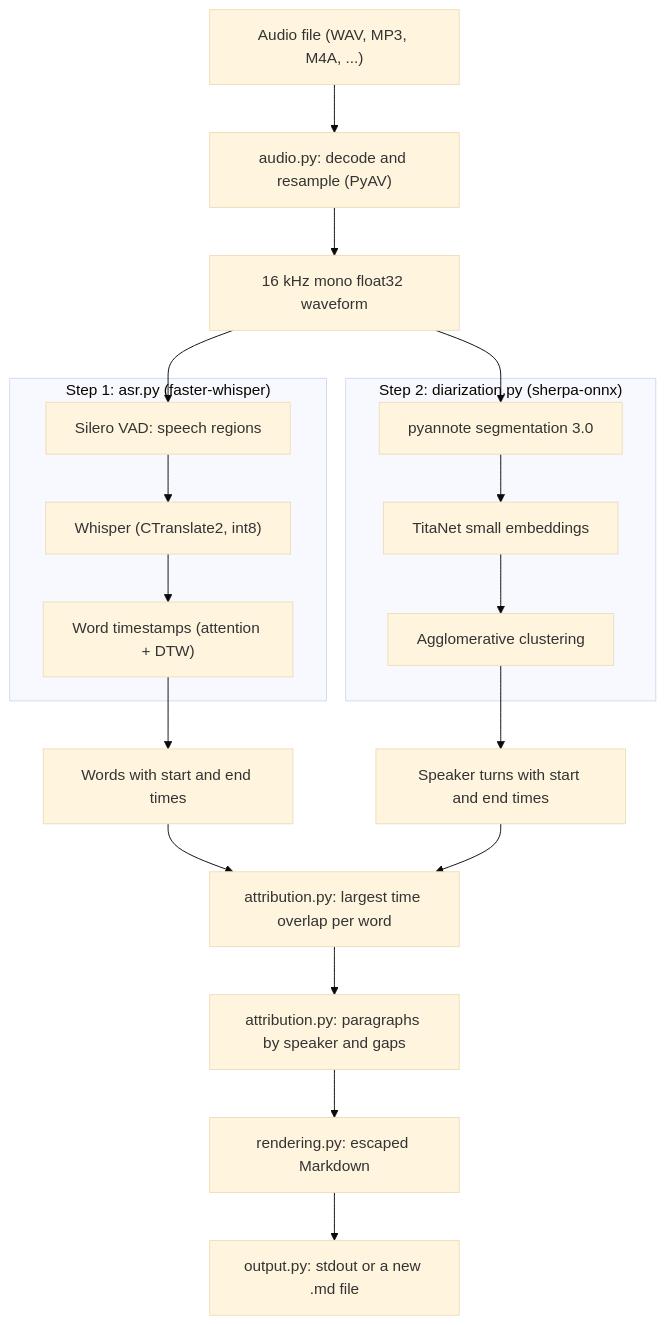
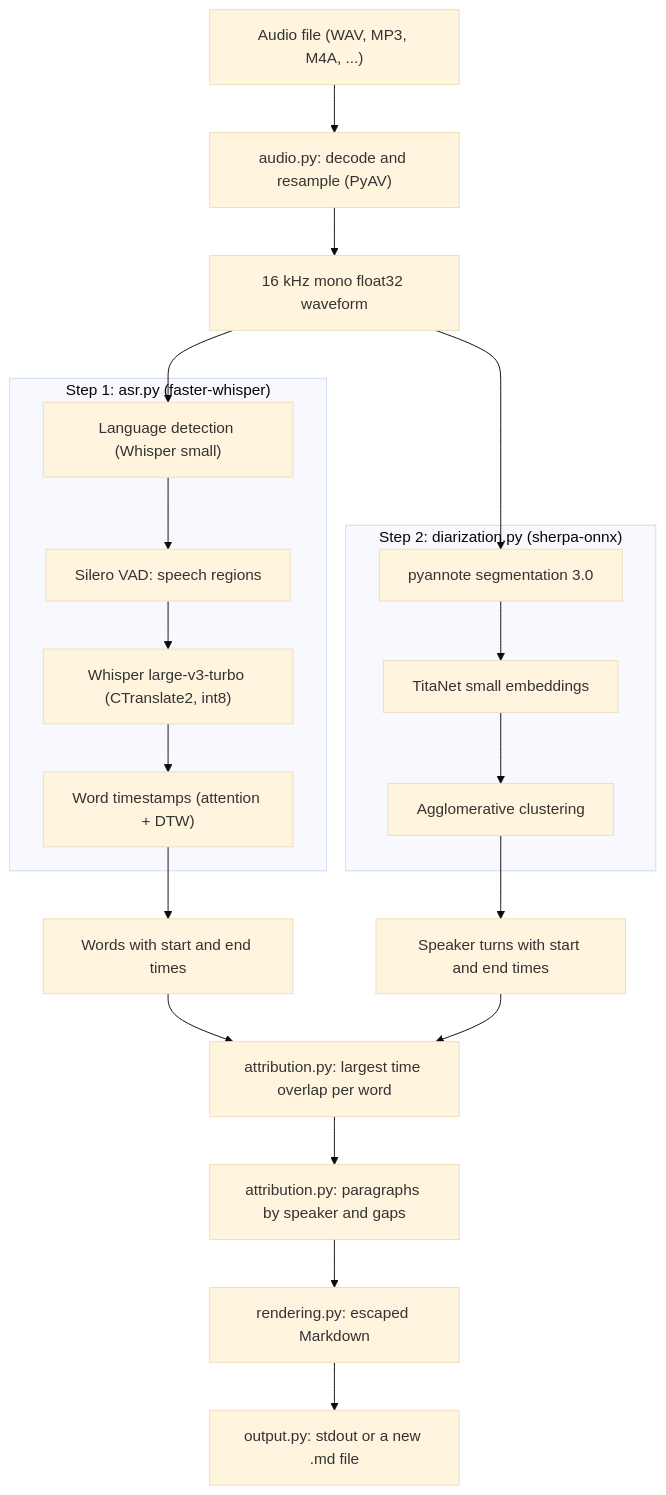
One commit to gilbertotcc/transcribe changed the diagram in docs/how-it-works.md. Above: the diagram before and after it, drawn with Mermaid (base theme). The commit also changed other lines of this file and 26 other files, not shown here.

First line of the commit message:
Transcribe non-English audio with language detection (#26)

````diff
--- a/docs/how-it-works.md
+++ b/docs/how-it-works.md
@@ -19,36 +19,37 @@
 ```mermaid
 flowchart TD
     input["Audio file (WAV, MP3, M4A, ...)"]
     decode["audio.py: decode and resample (PyAV)"]
     wave["16 kHz mono float32 waveform"]
     input --> decode --> wave
 
     subgraph asr ["Step 1: asr.py (faster-whisper)"]
+        lid["Language detection (Whisper small)"]
         vad["Silero VAD: speech regions"]
-        whisper["Whisper (CTranslate2, int8)"]
+        whisper["Whisper large-v3-turbo (CTranslate2, int8)"]
         align["Word timestamps (attention + DTW)"]
-        vad --> whisper --> align
+        lid --> vad --> whisper --> align
     end
 
     subgraph diar ["Step 2: diarization.py (sherpa-onnx)"]
         seg["pyannote segmentation 3.0"]
         emb["TitaNet small embeddings"]
         clu["Agglomerative clustering"]
         seg --> emb --> clu
     end
 
-    wave --> vad
+    wave --> lid
     wave --> seg
     words["Words with start and end times"]
     turns["Speaker turns with start and end times"]
     align --> words
     clu --> turns
 
     overlap["attribution.py: largest time overlap per word"]
     paras["attribution.py: paragraphs by speaker and gaps"]
     render["rendering.py: escaped Markdown"]
     out["output.py: stdout or a new .md file"]
     words --> overlap
     turns --> overlap
     overlap --> paras --> render --> out
 ```
````
